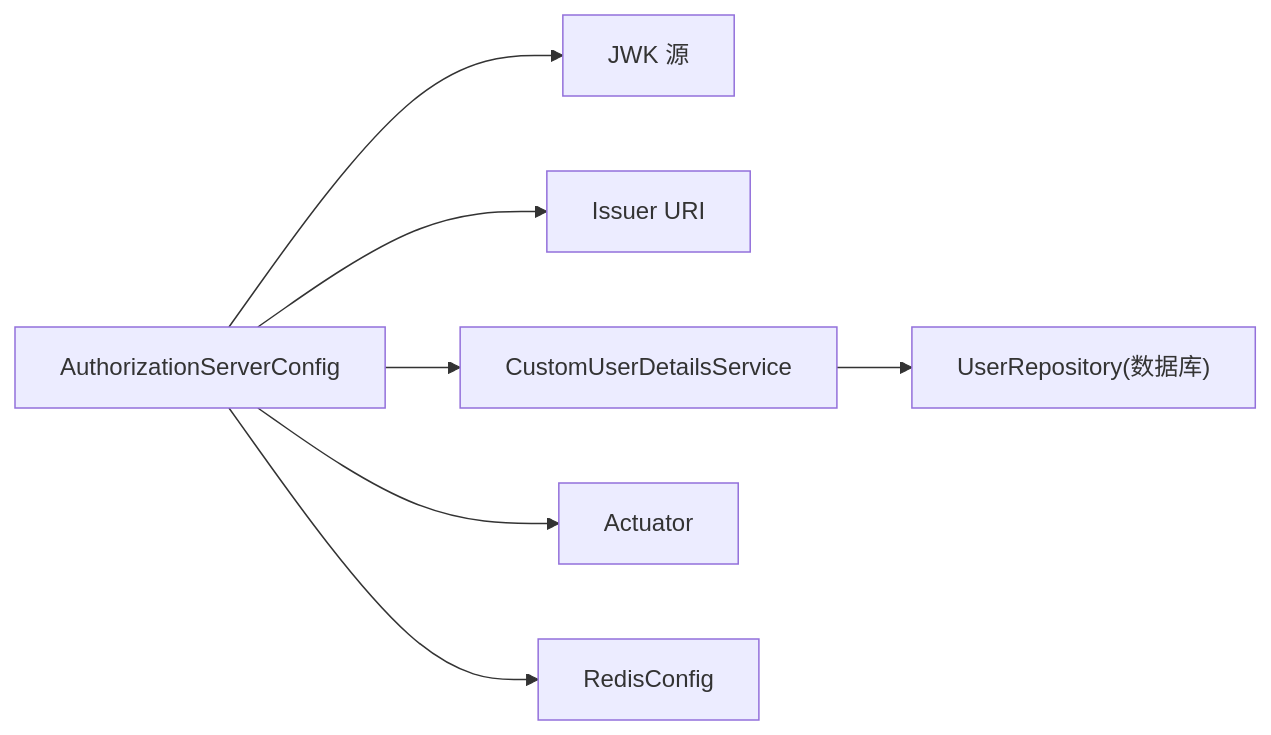
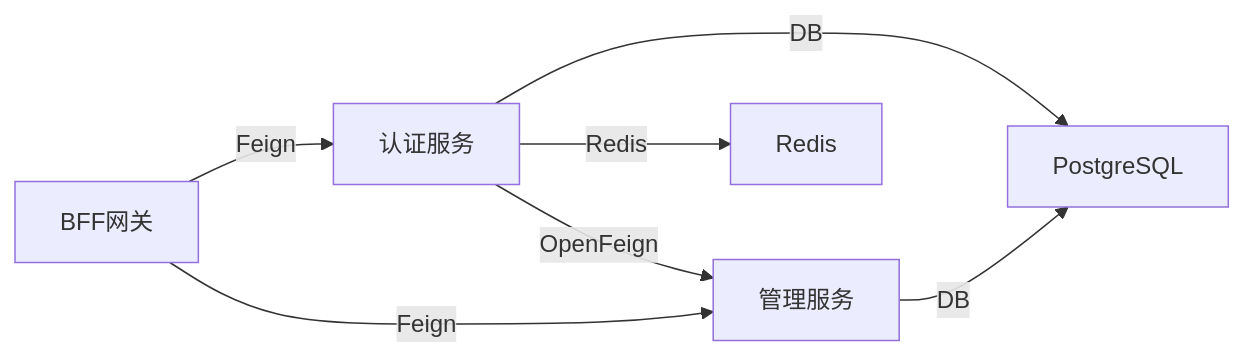
One commit to fq0121104930716/iam-platform changed the seventh of 7 diagrams in .qoder/repowiki/zh/content/故障排除/故障排除.md. Above: the diagram before and after it, drawn with Mermaid. The commit also changed other lines of this file and 222 other files, not shown here.

````diff
--- a/.qoder/repowiki/zh/content/故障排除/故障排除.md
+++ b/.qoder/repowiki/zh/content/故障排除/故障排除.md
@@ -219,9 +247,9 @@
 ```mermaid
 graph LR
-AS["AuthorizationServerConfig"] --> JWK["JWK 源"]
-AS --> ISS["Issuer URI"]
-AS --> USvc["CustomUserDetailsService"]
-USvc --> Repo["UserRepository(数据库)"]
-AS --> Act["Actuator"]
-AS --> Redis["RedisConfig"]
+AUTH["认证服务"] -- "OpenFeign" --> ADMIN["管理服务"]
+AUTH -- "Redis" --> REDIS["Redis"]
+AUTH -- "DB" --> DB["PostgreSQL"]
+ADMIN -- "DB" --> DB
+BFF["BFF网关"] -- "Feign" --> AUTH
+BFF -- "Feign" --> ADMIN
 ```
````
